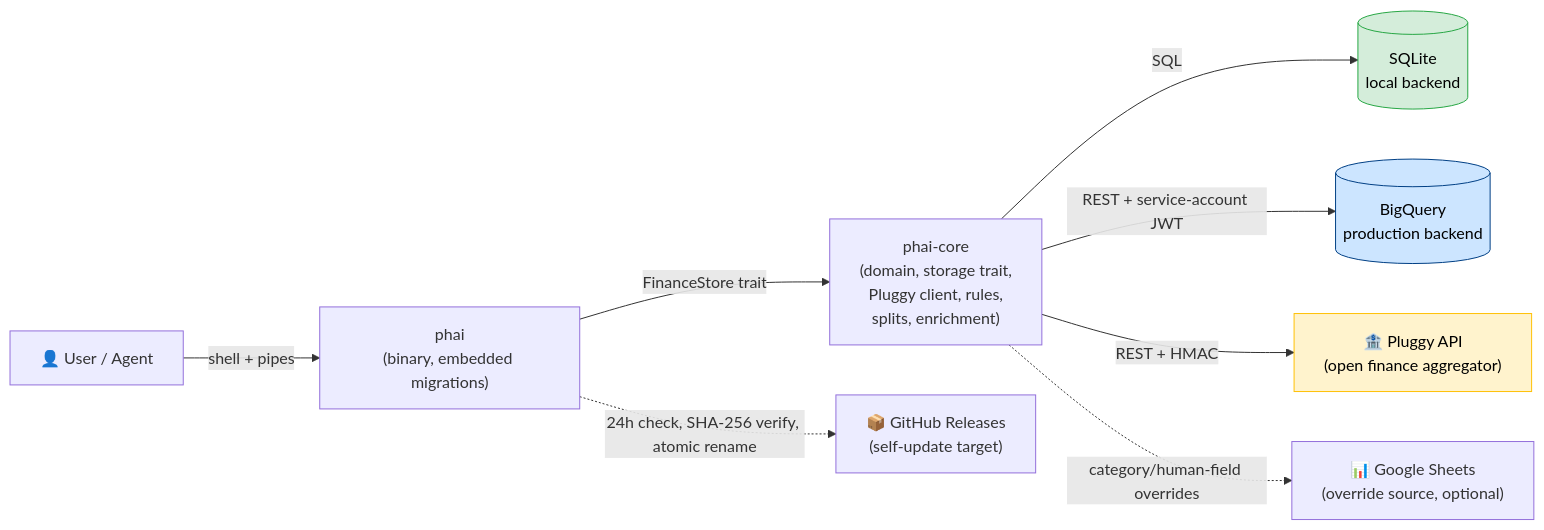
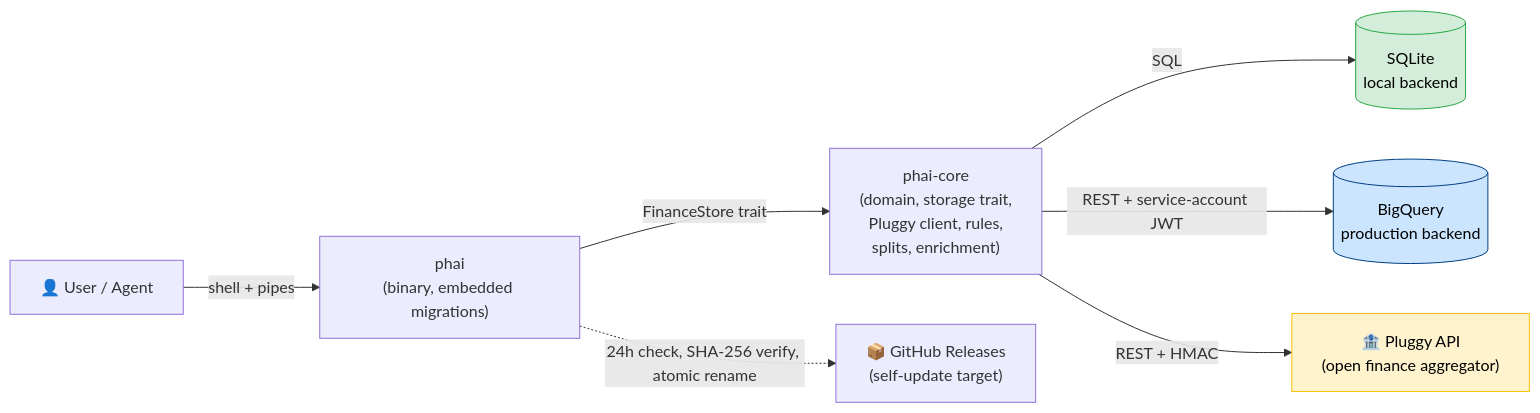
Before and after one commit to phai-run/phai: the first of 3 diagrams in docs/ARCHITECTURE.md, drawn with Mermaid. The commit also changed 7 other files, not shown here.

First line of the commit message:
feat!: remove Google Sheets category-override sync

````diff
--- a/docs/ARCHITECTURE.md
+++ b/docs/ARCHITECTURE.md
@@ -47,23 +47,21 @@
 ```mermaid
 flowchart LR
     User["👤 User / Agent"]
     CLI["phai\n(binary, embedded migrations)"]
     Core["phai-core\n(domain, storage trait,\nPluggy client, rules,\nsplits, enrichment)"]
     SQLite[("SQLite\nlocal backend")]
     BQ[("BigQuery\nproduction backend")]
     Pluggy["🏦 Pluggy API\n(open finance aggregator)"]
-    Sheets["📊 Google Sheets\n(override source, optional)"]
     Releases["📦 GitHub Releases\n(self-update target)"]
 
     User -->|"shell + pipes"| CLI
     CLI -->|"FinanceStore trait"| Core
     Core -->|"SQL"| SQLite
     Core -->|"REST + service-account JWT"| BQ
     Core -->|"REST + HMAC"| Pluggy
-    Core -.->|"category/human-field overrides"| Sheets
     CLI -.->|"24h check, SHA-256 verify, atomic rename"| Releases
 
     style SQLite fill:#d4edda,stroke:#28a745,color:#000
     style BQ fill:#cce5ff,stroke:#004085,color:#000
     style Pluggy fill:#fff3cd,stroke:#ffc107,color:#000
 ```
````
